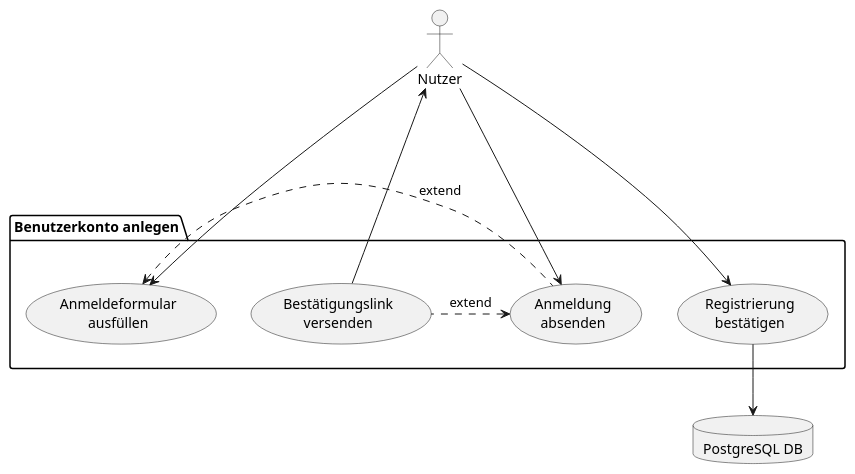
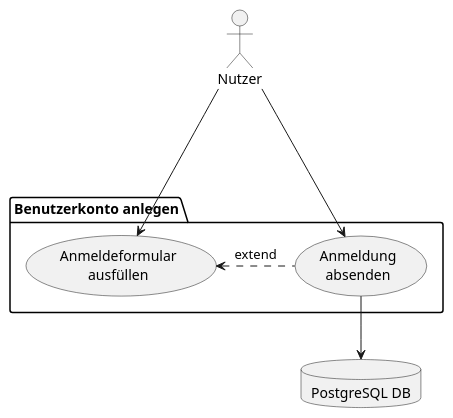
The diagram in uml/usecase/Use_Case_Registration.puml (SpaghettiCodeGang/TryLater-Server), drawn with PlantUML before and after one commit.

Commit message:
update: registration use case

```diff
--- a/uml/usecase/Use_Case_Registration.puml
+++ b/uml/usecase/Use_Case_Registration.puml
@@ -1,25 +1,16 @@
 @startuml
 'https://plantuml.com/use-case-diagram
 
 package "Benutzerkonto anlegen"{
 "Anmeldeformular\nausfüllen" as (create)
-together {
 "Anmeldung\nabsenden" as (send)
-"Bestätigungslink\nversenden" as (sendmail)
-}
-"Registrierung\nbestätigen" as (accept)
 }
 
 Nutzer ---> (create)
 (create) <. (send) :extend
 Nutzer --> (send)
-(send) <. (sendmail) :extend
-(sendmail) --> Nutzer
-Nutzer ---> (accept)
-
-
 
 database "PostgreSQL DB" as DB
-(accept) --> DB
+(send) --> DB
 
 @enduml
```
